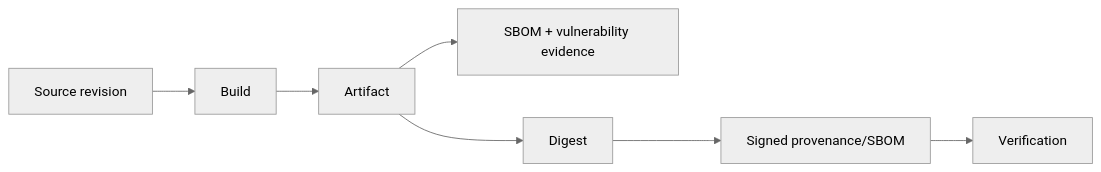
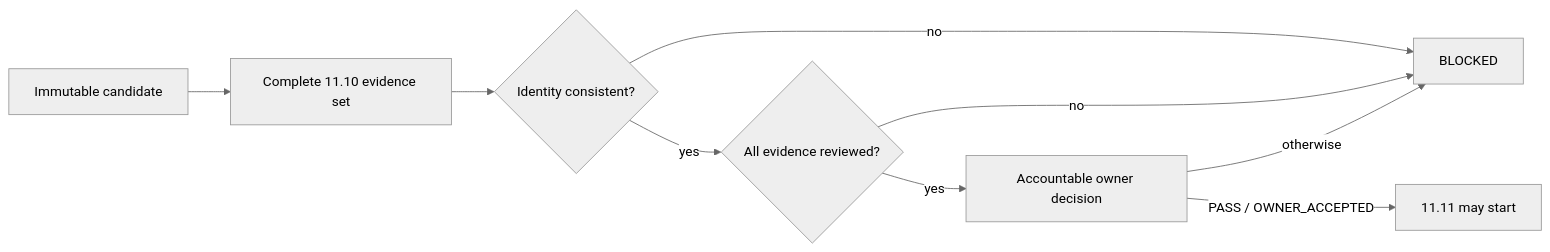
One commit to GJvManen/dtmo changed the diagram in docs/project/EXECUTIVE_DECISION_VIEW.md. Above: the diagram before and after it, drawn with Mermaid (neutral theme). The commit also changed other lines of this file, not shown here.

Commit message:
docs: align executive decision view with Phase 11.10

````diff
--- a/docs/project/EXECUTIVE_DECISION_VIEW.md
+++ b/docs/project/EXECUTIVE_DECISION_VIEW.md
@@ -26,9 +29,11 @@
 ```mermaid
 flowchart LR
-    S[Source revision] --> B[Build]
-    B --> A[Artifact]
-    A --> E[SBOM + vulnerability evidence]
-    A --> D[Digest]
-    D --> P[Signed provenance/SBOM]
-    P --> V[Verification]
+    C[Immutable candidate] --> E[Complete 11.10 evidence set]
+    E --> I{Identity consistent?}
+    I -->|no| B[BLOCKED]
+    I -->|yes| R{All evidence reviewed?}
+    R -->|no| B
+    R -->|yes| O[Accountable owner decision]
+    O -->|PASS / OWNER_ACCEPTED| A[11.11 may start]
+    O -->|otherwise| B
 ```
````
